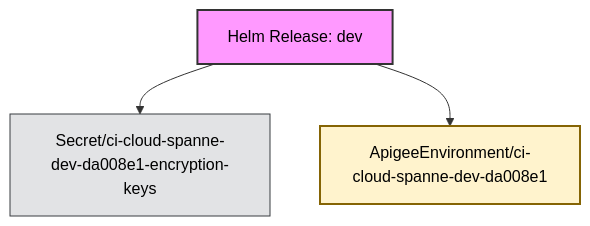
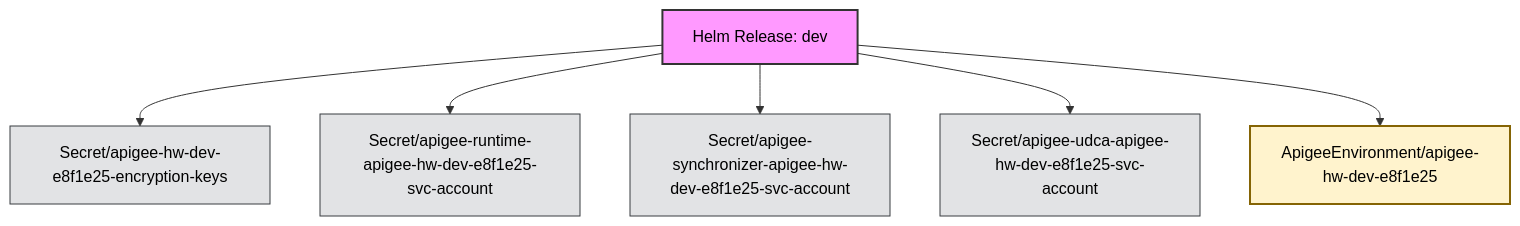
Before and after one commit to anaik91/apigee-hybrid-relationship-builder: the diagram in generated/apigee-env-1.15.0-shallow-all.md, drawn with Mermaid. The commit also changed other lines of this file and 51 other files, not shown here.

````diff
--- a/generated/apigee-env-1.15.0-shallow-all.md
+++ b/generated/apigee-env-1.15.0-shallow-all.md
@@ -11,23 +11,32 @@
 ```mermaid
 graph TD;
     classDef helm fill:#f9f,stroke:#333,stroke-width:2px,color:#000
     classDef workload fill:#cce5ff,stroke:#004085,stroke-width:1px,color:#000
     classDef network fill:#d4edda,stroke:#155724,stroke-width:1px,color:#000
     classDef config fill:#e2e3e5,stroke:#383d41,stroke-width:1px,color:#000
     classDef rbac fill:#f8d7da,stroke:#721c24,stroke-width:1px,color:#000
     classDef apigee_crd fill:#fff3cd,stroke:#856404,stroke-width:2px,color:#000
     classDef cert_manager_crd fill:#d1ecf1,stroke:#0c5460,stroke-width:2px,color:#000
     classDef webhook fill:#ddd,stroke:#333,stroke-width:2px,color:#000
     classDef default fill:#fff,stroke:#333,stroke-width:1px,color:#000
 
     HelmReleasedev["Helm Release: dev"]
-    Secretcicloudspannedevda008e1encryptionkeys["Secret/ci-cloud-spanne-dev-da008e1-encryption-keys"]
-    ApigeeEnvironmentcicloudspannedevda008e1["ApigeeEnvironment/ci-cloud-spanne-dev-da008e1"]
+    Secretapigeehwdeve8f1e25encryptionkeys["Secret/apigee-hw-dev-e8f1e25-encryption-keys"]
+    Secretapigeeruntimeapigeehwdeve8f1e25svcaccount["Secret/apigee-runtime-apigee-hw-dev-e8f1e25-svc-account"]
+    Secretapigeesynchronizerapigeehwdeve8f1e25svcaccount["Secret/apigee-synchronizer-apigee-hw-dev-e8f1e25-svc-account"]
+    Secretapigeeudcaapigeehwdeve8f1e25svcaccount["Secret/apigee-udca-apigee-hw-dev-e8f1e25-svc-account"]
+    ApigeeEnvironmentapigeehwdeve8f1e25["ApigeeEnvironment/apigee-hw-dev-e8f1e25"]
 
     class HelmReleasedev helm;
-    class Secretcicloudspannedevda008e1encryptionkeys config;
-    class ApigeeEnvironmentcicloudspannedevda008e1 apigee_crd;
+    class Secretapigeehwdeve8f1e25encryptionkeys config;
+    class Secretapigeeruntimeapigeehwdeve8f1e25svcaccount config;
+    class Secretapigeesynchronizerapigeehwdeve8f1e25svcaccount config;
+    class Secretapigeeudcaapigeehwdeve8f1e25svcaccount config;
+    class ApigeeEnvironmentapigeehwdeve8f1e25 apigee_crd;
 
-    HelmReleasedev --> Secretcicloudspannedevda008e1encryptionkeys
-    HelmReleasedev --> ApigeeEnvironmentcicloudspannedevda008e1
+    HelmReleasedev --> Secretapigeehwdeve8f1e25encryptionkeys
+    HelmReleasedev --> Secretapigeeruntimeapigeehwdeve8f1e25svcaccount
+    HelmReleasedev --> Secretapigeesynchronizerapigeehwdeve8f1e25svcaccount
+    HelmReleasedev --> Secretapigeeudcaapigeehwdeve8f1e25svcaccount
+    HelmReleasedev --> ApigeeEnvironmentapigeehwdeve8f1e25
 ```
````
